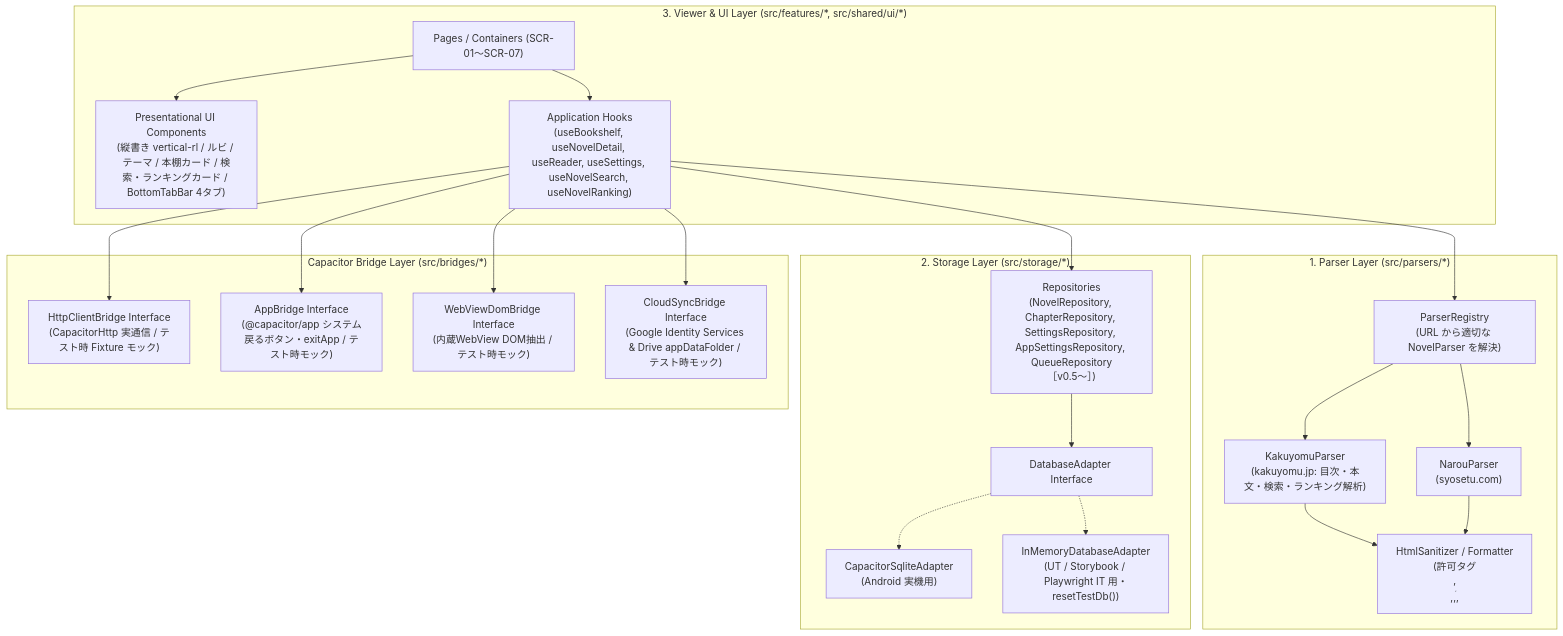
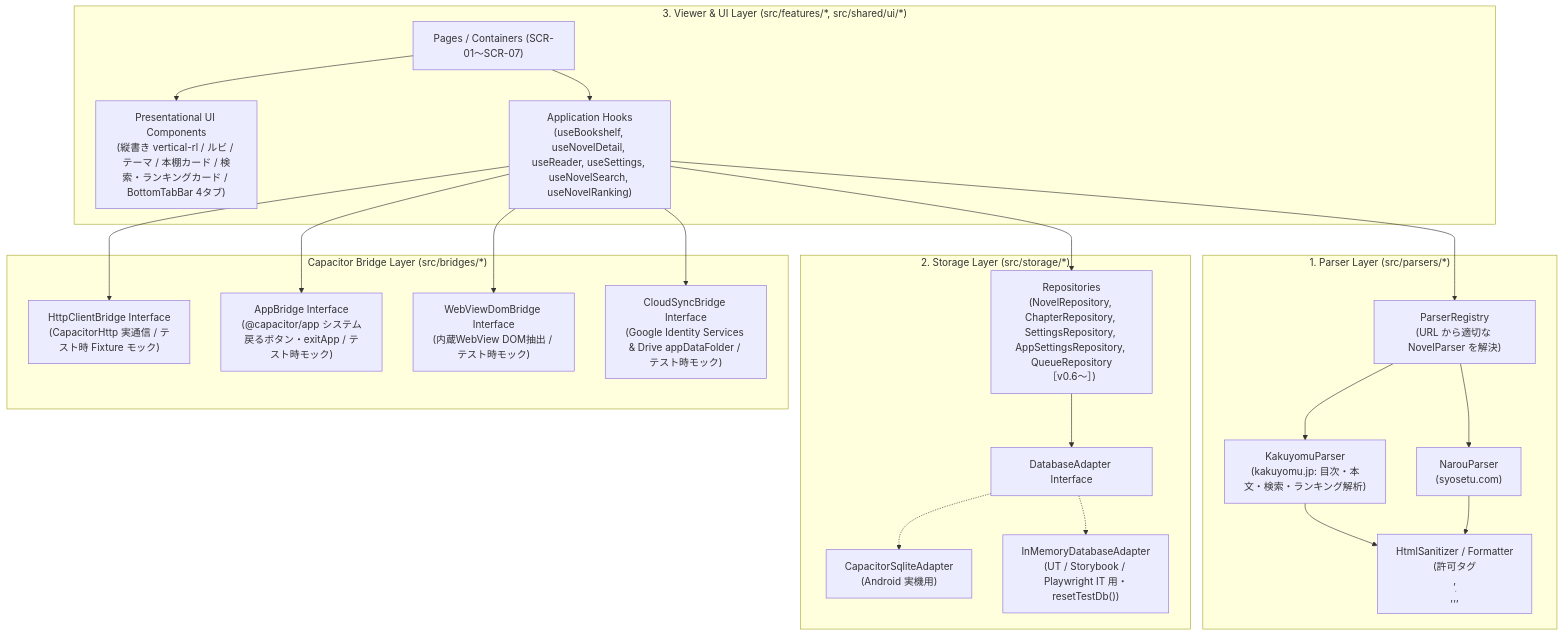
Before and after one commit to high-soar/Yommy: the diagram in docs/specs/architecture.md, drawn with Mermaid. The commit also changed other lines of this file and 11 other files, not shown here.

````diff
--- a/docs/specs/architecture.md
+++ b/docs/specs/architecture.md
@@ -90,45 +94,45 @@
 ```mermaid
 flowchart TB
     subgraph UILayer ["3. Viewer & UI Layer (src/features/*, src/shared/ui/*)"]
         Pages["Pages / Containers (SCR-01〜SCR-07)"]
         Components["Presentational UI Components<br>(縦書き vertical-rl / ルビ / テーマ / 本棚カード / 検索・ランキングカード / BottomTabBar 4タブ)"]
         Hooks["Application Hooks<br>(useBookshelf, useNovelDetail, useReader, useSettings, useNovelSearch, useNovelRanking)"]
         Pages --> Components
         Pages --> Hooks
     end
 
     subgraph ParserLayer ["1. Parser Layer (src/parsers/*)"]
         Registry["ParserRegistry<br>(URL から適切な NovelParser を解決)"]
         Kakuyomu["KakuyomuParser<br>(kakuyomu.jp: 目次・本文・検索・ランキング解析)"]
         Narou["NarouParser<br>(syosetu.com)"]
         Sanitizer["HtmlSanitizer / Formatter<br>(許可タグ <p>,<br>,<ruby>,<rb>,<rt>,<rp>,<em> のみ保持)"]
         Registry --> Kakuyomu
         Registry --> Narou
         Kakuyomu --> Sanitizer
         Narou --> Sanitizer
     end
 
     subgraph StorageLayer ["2. Storage Layer (src/storage/*)"]
-        Repos["Repositories<br>(NovelRepository, ChapterRepository, SettingsRepository, AppSettingsRepository, QueueRepository［v0.5〜］)"]
+        Repos["Repositories<br>(NovelRepository, ChapterRepository, SettingsRepository, AppSettingsRepository, QueueRepository［v0.6〜］)"]
         DbAdapter["DatabaseAdapter Interface"]
         SqliteImpl["CapacitorSqliteAdapter<br>(Android 実機用)"]
         MemImpl["InMemoryDatabaseAdapter<br>(UT / Storybook / Playwright IT 用・resetTestDb())"]
         Repos --> DbAdapter
         DbAdapter -.-> SqliteImpl
         DbAdapter -.-> MemImpl
     end
 
     subgraph BridgeLayer ["Capacitor Bridge Layer (src/bridges/*)"]
         HttpBridge["HttpClientBridge Interface<br>(CapacitorHttp 実通信 / テスト時 Fixture モック)"]
         AppBridge["AppBridge Interface<br>(@capacitor/app システム戻るボタン・exitApp / テスト時モック)"]
         WebViewBridge["WebViewDomBridge Interface<br>(内蔵WebView DOM抽出 / テスト時モック)"]
         CloudSyncBridge["CloudSyncBridge Interface<br>(Google Identity Services & Drive appDataFolder / テスト時モック)"]
     end
 
     Hooks --> Registry
     Hooks --> Repos
     Hooks --> HttpBridge
     Hooks --> AppBridge
     Hooks --> WebViewBridge
     Hooks --> CloudSyncBridge
 ```
````
